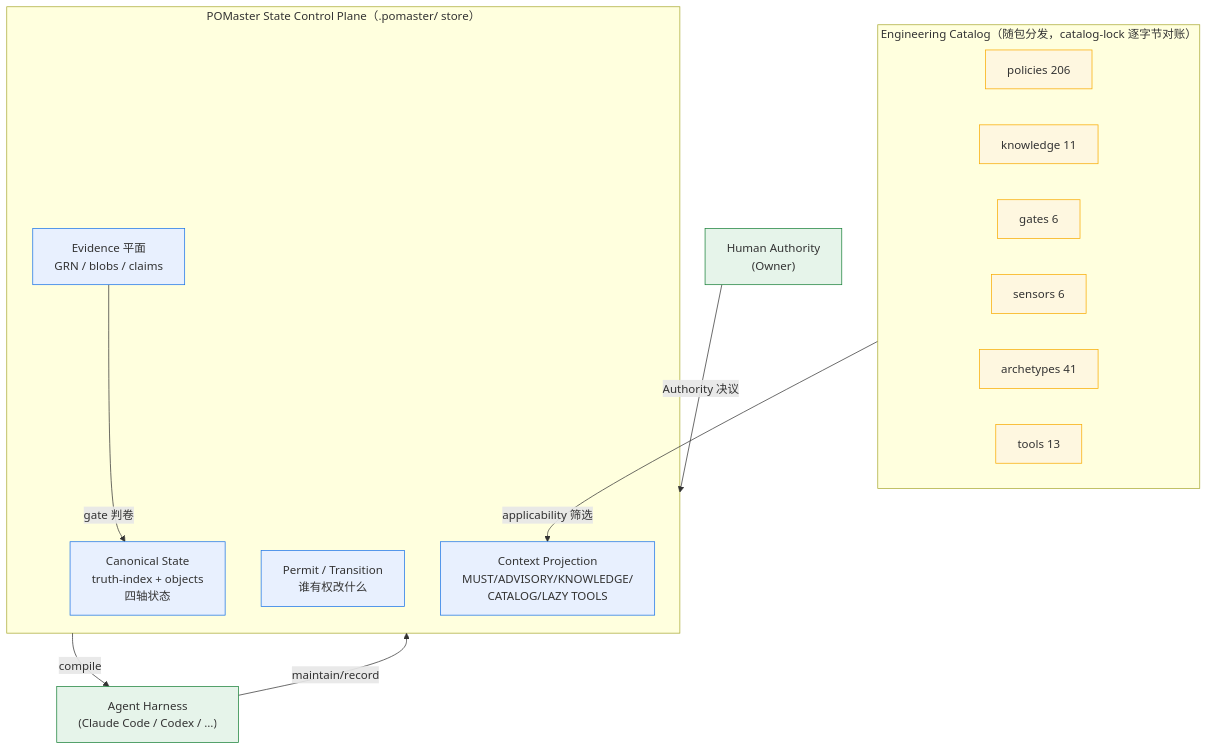
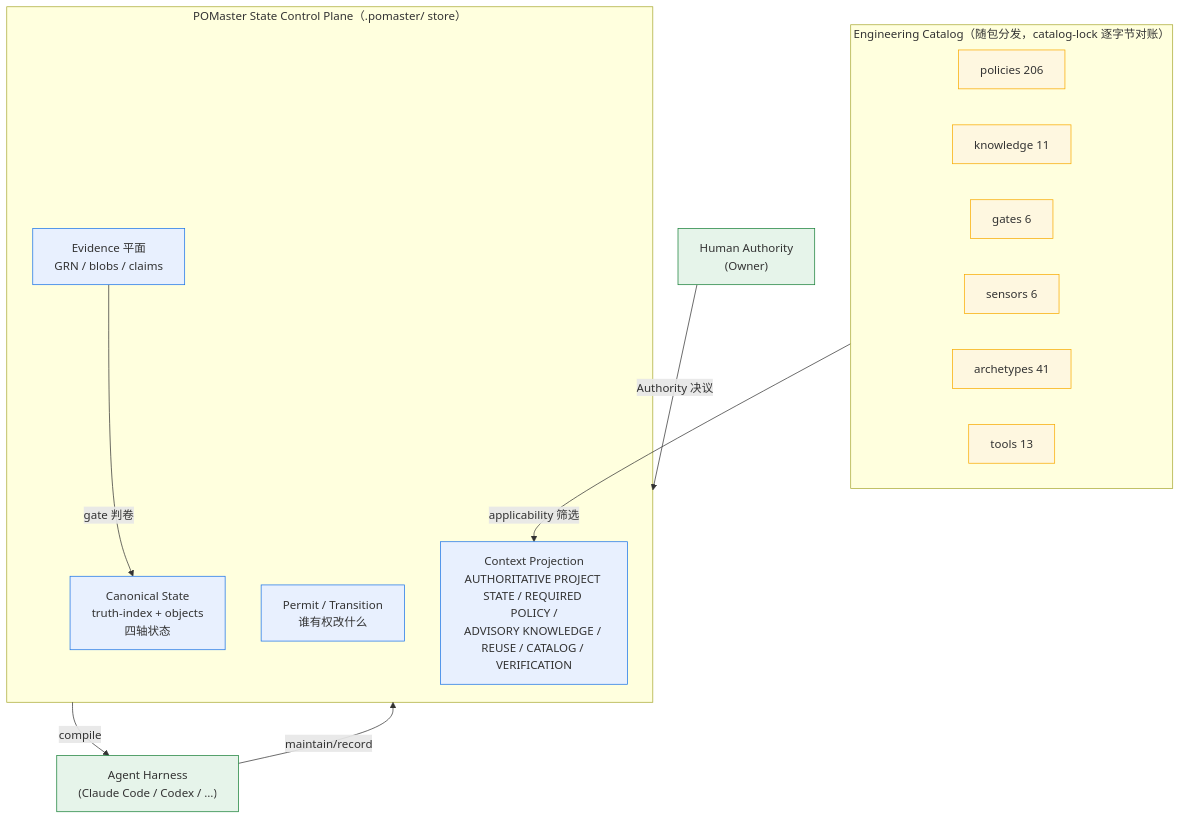
One commit to River-Singer/POMaster_VNext changed the first of 6 diagrams in README.md. Above: the diagram before and after it, drawn with Mermaid. The commit also changed 3 other files, not shown here.

````diff
--- a/README.md
+++ b/README.md
@@ -171,28 +171,28 @@
 ```mermaid
 flowchart TB
   subgraph PLANE["POMaster State Control Plane（.pomaster/ store）"]
     STATE["Canonical State<br/>truth-index + objects<br/>四轴状态"]:::core
     PERMIT["Permit / Transition<br/>谁有权改什么"]:::core
     EVI["Evidence 平面<br/>GRN / blobs / claims"]:::core
-    PROJ["Context Projection<br/>MUST/ADVISORY/KNOWLEDGE/<br/>CATALOG/LAZY TOOLS"]:::core
+    PROJ["Context Projection<br/>AUTHORITATIVE PROJECT STATE / REQUIRED POLICY /<br/>ADVISORY KNOWLEDGE / REUSE / CATALOG / VERIFICATION"]:::core
   end
   subgraph CAT["Engineering Catalog（随包分发，catalog-lock 逐字节对账）"]
     POL["policies 206"]:::cat
     KN["knowledge 11"]:::cat
     GT["gates 6"]:::cat
     SEN["sensors 6"]:::cat
     ARC["archetypes 41"]:::cat
     TOO["tools 13"]:::cat
   end
   AGENT["Agent Harness<br/>(Claude Code / Codex / …)"]:::ext
   HUMAN["Human Authority<br/>(Owner)"]:::ext
 
   HUMAN -- Authority 决议 --> PLANE
   PLANE -- compile --> AGENT
   AGENT -- maintain/record --> PLANE
   CAT -- applicability 筛选 --> PROJ
   EVI -- gate 判卷 --> STATE
   classDef core fill:#e8f0fe,stroke:#1a73e8
   classDef cat fill:#fef7e0,stroke:#f9ab00
   classDef ext fill:#e6f4ea,stroke:#188038
 ```
````
